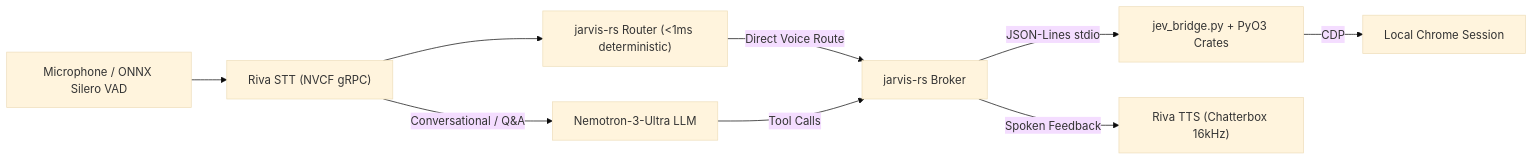
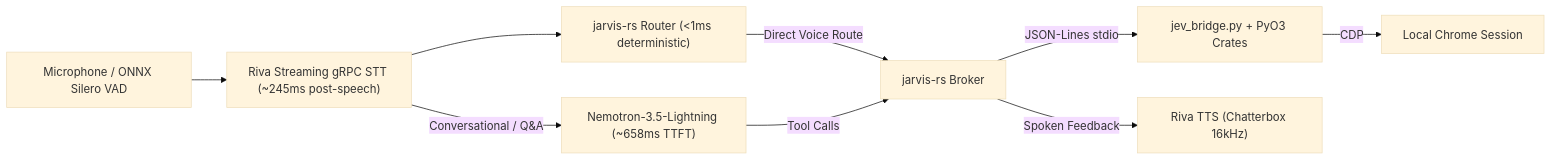
One commit to hackerabi2005/ai changed the diagram in HANDOFF.md. Above: the diagram before and after it, drawn with Mermaid (base theme). The commit also changed other lines of this file and 5 other files, not shown here.

Commit message:
Enable Riva streaming gRPC STT, switch to fast Nemotron-3.5-Lightning LLM, and clean STT search punctuation

````diff
--- a/HANDOFF.md
+++ b/HANDOFF.md
@@ -12,11 +12,11 @@
 ```mermaid
 flowchart LR
-    Mic["Microphone / ONNX Silero VAD"] --> STT["Riva STT (NVCF gRPC)"]
+    Mic["Microphone / ONNX Silero VAD"] --> STT["Riva Streaming gRPC STT (~245ms post-speech)"]
     STT --> Router["jarvis-rs Router (<1ms deterministic)"]
     Router -->|Direct Voice Route| Broker["jarvis-rs Broker"]
-    STT -->|Conversational / Q&A| LLM["Nemotron-3-Ultra LLM"]
+    STT -->|Conversational / Q&A| LLM["Nemotron-3.5-Lightning (~658ms TTFT)"]
     LLM -->|Tool Calls| Broker
     Broker -->|JSON-Lines stdio| Bridge["jev_bridge.py + PyO3 Crates"]
     Bridge -->|CDP| Chrome["Local Chrome Session"]
     Broker -->|Spoken Feedback| TTS["Riva TTS (Chatterbox 16kHz)"]
 ```
````
